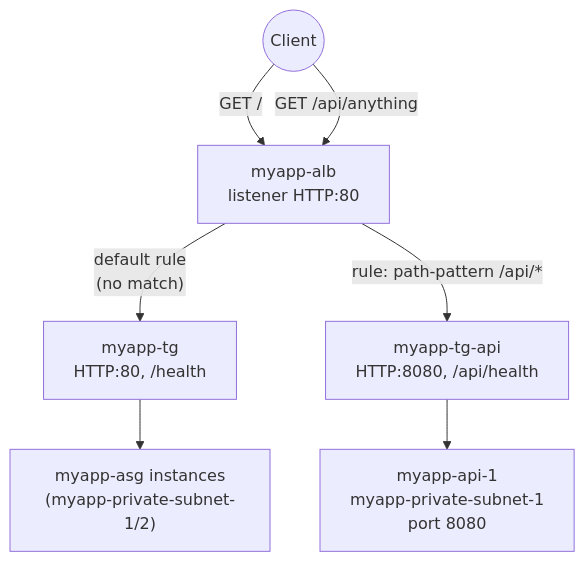
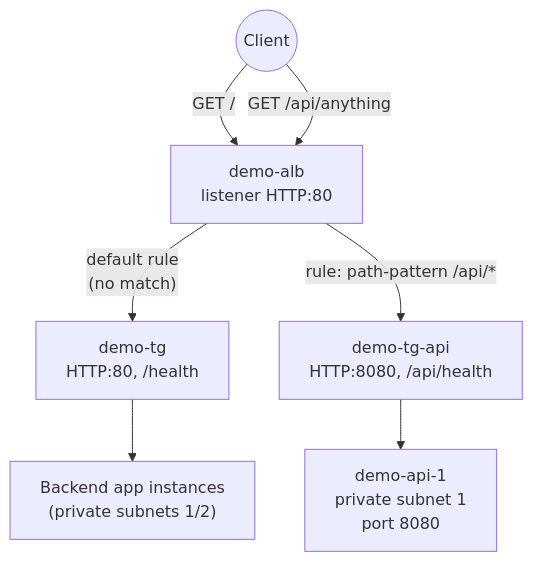
Before and after one commit to msdeepak052/AWS_Imp_Concepts: the diagram in EC2/LoadBalancer/07-ALB-Path-Based-Routing-HandsOn.md, drawn with Mermaid. The commit also changed other lines of this file and 66 other files, not shown here.

````diff
--- a/EC2/LoadBalancer/07-ALB-Path-Based-Routing-HandsOn.md
+++ b/EC2/LoadBalancer/07-ALB-Path-Based-Routing-HandsOn.md
@@ -19,11 +19,11 @@
 ```mermaid
 flowchart TD
-    CLIENT(("Client")) -->|"GET /"| ALB["myapp-alb<br/>listener HTTP:80"]
+    CLIENT(("Client")) -->|"GET /"| ALB["demo-alb<br/>listener HTTP:80"]
     CLIENT -->|"GET /api/anything"| ALB
 
-    ALB -->|"default rule<br/>(no match)"| TG["myapp-tg<br/>HTTP:80, /health"]
-    ALB -->|"rule: path-pattern /api/*"| TGAPI["myapp-tg-api<br/>HTTP:8080, /api/health"]
+    ALB -->|"default rule<br/>(no match)"| TG["demo-tg<br/>HTTP:80, /health"]
+    ALB -->|"rule: path-pattern /api/*"| TGAPI["demo-tg-api<br/>HTTP:8080, /api/health"]
 
-    TG --> ASG["myapp-asg instances<br/>(myapp-private-subnet-1/2)"]
-    TGAPI --> API1["myapp-api-1<br/>myapp-private-subnet-1<br/>port 8080"]
+    TG --> ASG["Backend app instances<br/>(private subnets 1/2)"]
+    TGAPI --> API1["demo-api-1<br/>private subnet 1<br/>port 8080"]
 ```
````
